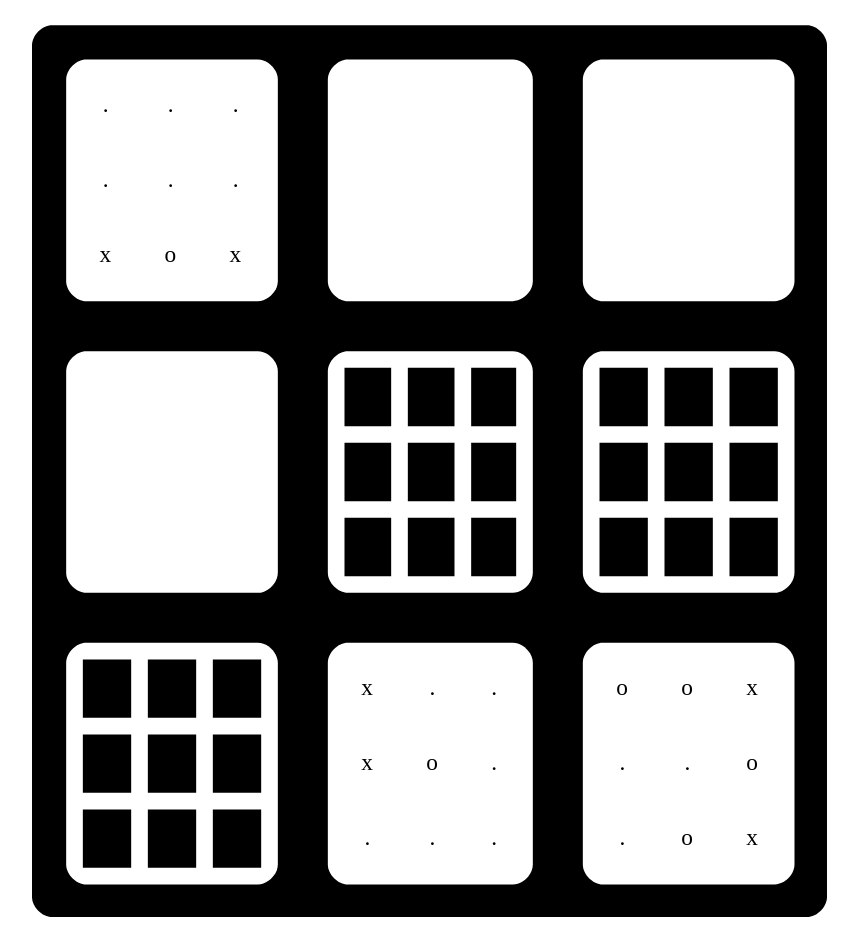
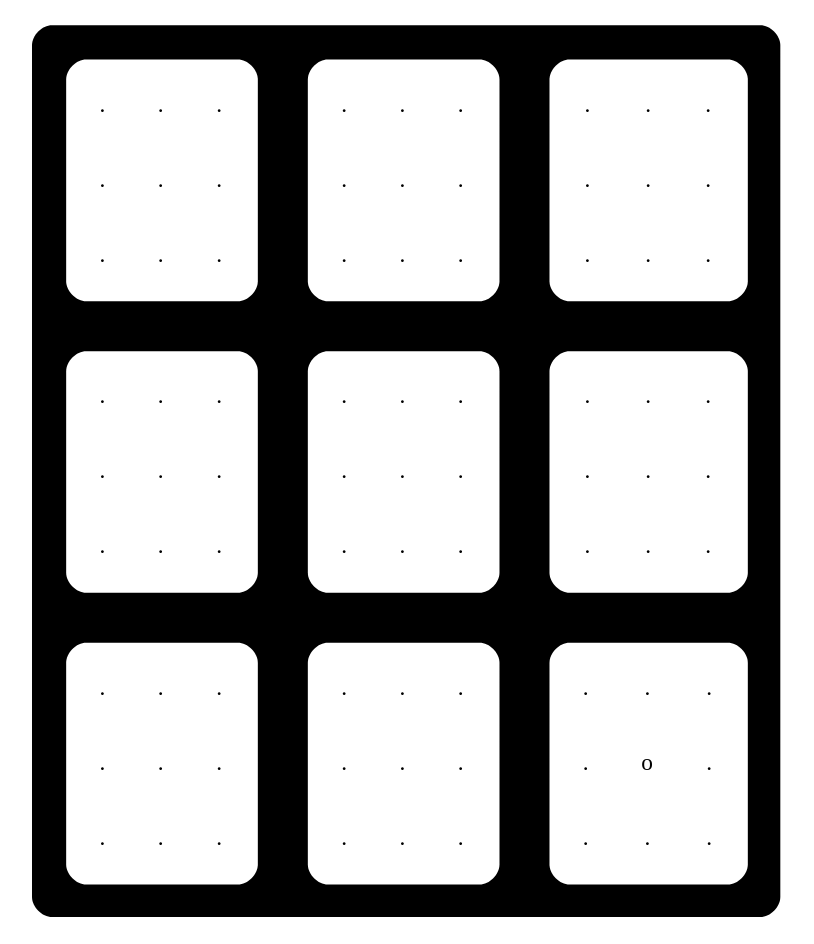
The diagram in FILrouge_AAP/Livrable_2/programme_sm-refresh/morpionUlt.dot (NicolasCestMoi/FilRougeFin), drawn with Graphviz before and after one commit. The commit also changed 2 other files, not shown here.

```diff
--- a/FILrouge_AAP/Livrable_2/programme_sm-refresh/morpionUlt.dot
+++ b/FILrouge_AAP/Livrable_2/programme_sm-refresh/morpionUlt.dot
@@ -1,182 +1,182 @@
 digraph {
   a0 [shape=none label=<<TABLE border="0" cellspacing="10" cellpadding="10" style="rounded" bgcolor="black">
     <TR>
 <TD bgcolor="black">
 <TABLE border="0" cellspacing="10" cellpadding="10" style="rounded" bgcolor="white">
   <TR>
     <TD bgcolor="white">.</TD>
     <TD bgcolor="white">.</TD>
     <TD bgcolor="white">.</TD>
   </TR>
   <TR>
     <TD bgcolor="white">.</TD>
     <TD bgcolor="white">.</TD>
     <TD bgcolor="white">.</TD>
   </TR>
   <TR>
-    <TD bgcolor="white">x</TD>
-    <TD bgcolor="white">o</TD>
-    <TD bgcolor="white">x</TD>
+    <TD bgcolor="white">.</TD>
+    <TD bgcolor="white">.</TD>
+    <TD bgcolor="white">.</TD>
   </TR>
 </TABLE>
 </TD>
 <TD bgcolor="black">
 <TABLE border="0" cellspacing="10" cellpadding="10" style="rounded" bgcolor="white">
   <TR>
-    <TD bgcolor="white">&nbsp;</TD>
-    <TD bgcolor="white">&nbsp;</TD>
-    <TD bgcolor="white">&nbsp;</TD>
-  </TR>
-  <TR>
-    <TD bgcolor="white">&nbsp;</TD>
-    <TD bgcolor="white">&nbsp;</TD>
-    <TD bgcolor="white">&nbsp;</TD>
-  </TR>
-  <TR>
-    <TD bgcolor="white">&nbsp;</TD>
-    <TD bgcolor="white">&nbsp;</TD>
-    <TD bgcolor="white">&nbsp;</TD>
-  </TR>
-</TABLE>
-</TD>
-<TD bgcolor="black">
-<TABLE border="0" cellspacing="10" cellpadding="10" style="rounded" bgcolor="white">
-  <TR>
-    <TD bgcolor="white">&nbsp;</TD>
-    <TD bgcolor="white">&nbsp;</TD>
-    <TD bgcolor="white">&nbsp;</TD>
-  </TR>
-  <TR>
-    <TD bgcolor="white">&nbsp;</TD>
-    <TD bgcolor="white">&nbsp;</TD>
-    <TD bgcolor="white">&nbsp;</TD>
-  </TR>
-  <TR>
-    <TD bgcolor="white">&nbsp;</TD>
-    <TD bgcolor="white">&nbsp;</TD>
-    <TD bgcolor="white">&nbsp;</TD>
-  </TR>
-</TABLE>
-</TD>
- </TR>
- <TR>
-<TD bgcolor="black">
-<TABLE border="0" cellspacing="10" cellpadding="10" style="rounded" bgcolor="white">
-  <TR>
-    <TD bgcolor="white">&nbsp;</TD>
-    <TD bgcolor="white">&nbsp;</TD>
-    <TD bgcolor="white">&nbsp;</TD>
-  </TR>
-  <TR>
-    <TD bgcolor="white">&nbsp;</TD>
-    <TD bgcolor="white">&nbsp;</TD>
-    <TD bgcolor="white">&nbsp;</TD>
-  </TR>
-  <TR>
-    <TD bgcolor="white">&nbsp;</TD>
-    <TD bgcolor="white">&nbsp;</TD>
-    <TD bgcolor="white">&nbsp;</TD>
-  </TR>
-</TABLE>
-</TD>
-<TD bgcolor="black">
-<TABLE border="0" cellspacing="10" cellpadding="10" style="rounded" bgcolor="white">
-  <TR>
-    <TD bgcolor="black">&nbsp;</TD>
-    <TD bgcolor="black">&nbsp;</TD>
-    <TD bgcolor="black">&nbsp;</TD>
-  </TR>
-  <TR>
-    <TD bgcolor="black">&nbsp;</TD>
-    <TD bgcolor="black">&nbsp;</TD>
-    <TD bgcolor="black">&nbsp;</TD>
-  </TR>
-  <TR>
-    <TD bgcolor="black">&nbsp;</TD>
-    <TD bgcolor="black">&nbsp;</TD>
-    <TD bgcolor="black">&nbsp;</TD>
-  </TR>
-</TABLE>
-</TD>
-<TD bgcolor="black">
-<TABLE border="0" cellspacing="10" cellpadding="10" style="rounded" bgcolor="white">
-  <TR>
-    <TD bgcolor="black">&nbsp;</TD>
-    <TD bgcolor="black">&nbsp;</TD>
-    <TD bgcolor="black">&nbsp;</TD>
-  </TR>
-  <TR>
-    <TD bgcolor="black">&nbsp;</TD>
-    <TD bgcolor="black">&nbsp;</TD>
-    <TD bgcolor="black">&nbsp;</TD>
-  </TR>
-  <TR>
-    <TD bgcolor="black">&nbsp;</TD>
-    <TD bgcolor="black">&nbsp;</TD>
-    <TD bgcolor="black">&nbsp;</TD>
-  </TR>
-</TABLE>
-</TD>
- </TR>
- <TR>
-<TD bgcolor="black">
-<TABLE border="0" cellspacing="10" cellpadding="10" style="rounded" bgcolor="white">
-  <TR>
-    <TD bgcolor="black">&nbsp;</TD>
-    <TD bgcolor="black">&nbsp;</TD>
-    <TD bgcolor="black">&nbsp;</TD>
-  </TR>
-  <TR>
-    <TD bgcolor="black">&nbsp;</TD>
-    <TD bgcolor="black">&nbsp;</TD>
-    <TD bgcolor="black">&nbsp;</TD>
-  </TR>
-  <TR>
-    <TD bgcolor="black">&nbsp;</TD>
-    <TD bgcolor="black">&nbsp;</TD>
-    <TD bgcolor="black">&nbsp;</TD>
-  </TR>
-</TABLE>
-</TD>
-<TD bgcolor="black">
-<TABLE border="0" cellspacing="10" cellpadding="10" style="rounded" bgcolor="white">
-  <TR>
-    <TD bgcolor="white">x</TD>
+    <TD bgcolor="white">.</TD>
     <TD bgcolor="white">.</TD>
     <TD bgcolor="white">.</TD>
   </TR>
   <TR>
-    <TD bgcolor="white">x</TD>
-    <TD bgcolor="white">o</TD>
+    <TD bgcolor="white">.</TD>
+    <TD bgcolor="white">.</TD>
     <TD bgcolor="white">.</TD>
   </TR>
   <TR>
     <TD bgcolor="white">.</TD>
     <TD bgcolor="white">.</TD>
     <TD bgcolor="white">.</TD>
   </TR>
 </TABLE>
 </TD>
 <TD bgcolor="black">
 <TABLE border="0" cellspacing="10" cellpadding="10" style="rounded" bgcolor="white">
   <TR>
-    <TD bgcolor="white">o</TD>
-    <TD bgcolor="white">o</TD>
-    <TD bgcolor="white">x</TD>
+    <TD bgcolor="white">.</TD>
+    <TD bgcolor="white">.</TD>
+    <TD bgcolor="white">.</TD>
   </TR>
   <TR>
     <TD bgcolor="white">.</TD>
     <TD bgcolor="white">.</TD>
-    <TD bgcolor="white">o</TD>
+    <TD bgcolor="white">.</TD>
+  </TR>
+  <TR>
+    <TD bgcolor="white">.</TD>
+    <TD bgcolor="white">.</TD>
+    <TD bgcolor="white">.</TD>
+  </TR>
+</TABLE>
+</TD>
+ </TR>
+ <TR>
+<TD bgcolor="black">
+<TABLE border="0" cellspacing="10" cellpadding="10" style="rounded" bgcolor="white">
+  <TR>
+    <TD bgcolor="white">.</TD>
+    <TD bgcolor="white">.</TD>
+    <TD bgcolor="white">.</TD>
+  </TR>
+  <TR>
+    <TD bgcolor="white">.</TD>
+    <TD bgcolor="white">.</TD>
+    <TD bgcolor="white">.</TD>
+  </TR>
+  <TR>
+    <TD bgcolor="white">.</TD>
+    <TD bgcolor="white">.</TD>
+    <TD bgcolor="white">.</TD>
+  </TR>
+</TABLE>
+</TD>
+<TD bgcolor="black">
+<TABLE border="0" cellspacing="10" cellpadding="10" style="rounded" bgcolor="white">
+  <TR>
+    <TD bgcolor="white">.</TD>
+    <TD bgcolor="white">.</TD>
+    <TD bgcolor="white">.</TD>
+  </TR>
+  <TR>
+    <TD bgcolor="white">.</TD>
+    <TD bgcolor="white">.</TD>
+    <TD bgcolor="white">.</TD>
+  </TR>
+  <TR>
+    <TD bgcolor="white">.</TD>
+    <TD bgcolor="white">.</TD>
+    <TD bgcolor="white">.</TD>
+  </TR>
+</TABLE>
+</TD>
+<TD bgcolor="black">
+<TABLE border="0" cellspacing="10" cellpadding="10" style="rounded" bgcolor="white">
+  <TR>
+    <TD bgcolor="white">.</TD>
+    <TD bgcolor="white">.</TD>
+    <TD bgcolor="white">.</TD>
+  </TR>
+  <TR>
+    <TD bgcolor="white">.</TD>
+    <TD bgcolor="white">.</TD>
+    <TD bgcolor="white">.</TD>
+  </TR>
+  <TR>
+    <TD bgcolor="white">.</TD>
+    <TD bgcolor="white">.</TD>
+    <TD bgcolor="white">.</TD>
+  </TR>
+</TABLE>
+</TD>
+ </TR>
+ <TR>
+<TD bgcolor="black">
+<TABLE border="0" cellspacing="10" cellpadding="10" style="rounded" bgcolor="white">
+  <TR>
+    <TD bgcolor="white">.</TD>
+    <TD bgcolor="white">.</TD>
+    <TD bgcolor="white">.</TD>
+  </TR>
+  <TR>
+    <TD bgcolor="white">.</TD>
+    <TD bgcolor="white">.</TD>
+    <TD bgcolor="white">.</TD>
+  </TR>
+  <TR>
+    <TD bgcolor="white">.</TD>
+    <TD bgcolor="white">.</TD>
+    <TD bgcolor="white">.</TD>
+  </TR>
+</TABLE>
+</TD>
+<TD bgcolor="black">
+<TABLE border="0" cellspacing="10" cellpadding="10" style="rounded" bgcolor="white">
+  <TR>
+    <TD bgcolor="white">.</TD>
+    <TD bgcolor="white">.</TD>
+    <TD bgcolor="white">.</TD>
+  </TR>
+  <TR>
+    <TD bgcolor="white">.</TD>
+    <TD bgcolor="white">.</TD>
+    <TD bgcolor="white">.</TD>
+  </TR>
+  <TR>
+    <TD bgcolor="white">.</TD>
+    <TD bgcolor="white">.</TD>
+    <TD bgcolor="white">.</TD>
+  </TR>
+</TABLE>
+</TD>
+<TD bgcolor="black">
+<TABLE border="0" cellspacing="10" cellpadding="10" style="rounded" bgcolor="white">
+  <TR>
+    <TD bgcolor="white">.</TD>
+    <TD bgcolor="white">.</TD>
+    <TD bgcolor="white">.</TD>
   </TR>
   <TR>
     <TD bgcolor="white">.</TD>
     <TD bgcolor="white">o</TD>
-    <TD bgcolor="white">x</TD>
+    <TD bgcolor="white">.</TD>
+  </TR>
+  <TR>
+    <TD bgcolor="white">.</TD>
+    <TD bgcolor="white">.</TD>
+    <TD bgcolor="white">.</TD>
   </TR>
 </TABLE>
 </TD>
  </TR>
  </TABLE>
 >];
 }
```
